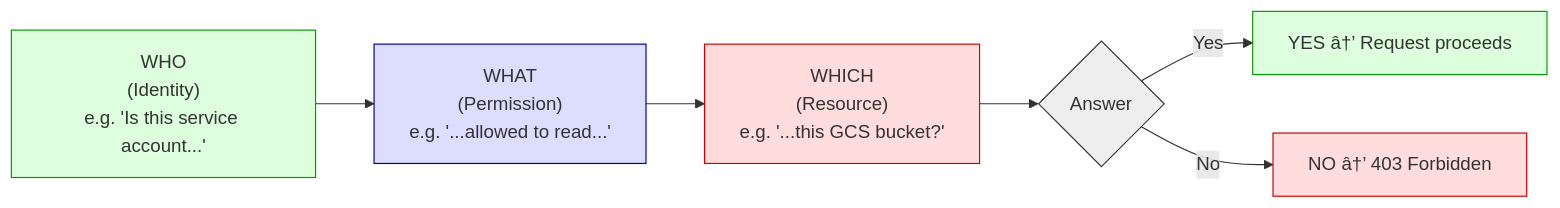
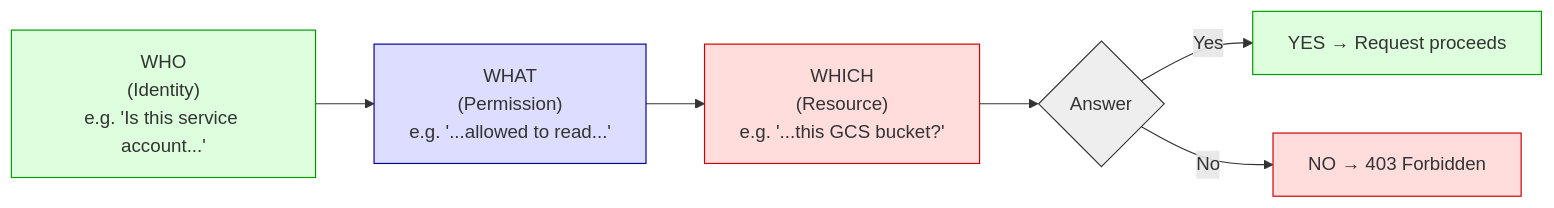
Diagram 11 of 17 in mkdocs-devops-platform/docs/cheatsheets/devops_cloud_engineering_handbook.md (AravindKumarjoshi/devops-platform), drawn with Mermaid before and after one commit. The commit also changed other lines of this file and 2 other files, not shown here.

````diff
--- a/mkdocs-devops-platform/docs/cheatsheets/devops_cloud_engineering_handbook.md
+++ b/mkdocs-devops-platform/docs/cheatsheets/devops_cloud_engineering_handbook.md
@@ -695,20 +695,20 @@
 ```mermaid
 graph LR
     WHO["WHO\n(Identity)\ne.g. 'Is this service account...'"]
     WHAT["WHAT\n(Permission)\ne.g. '...allowed to read...'"]
     WHERE["WHICH\n(Resource)\ne.g. '...this GCS bucket?'"]
     DECISION{"Answer"}
-    YES["YES â†’ Request proceeds"]
-    NO["NO â†’ 403 Forbidden"]
+    YES["YES → Request proceeds"]
+    NO["NO → 403 Forbidden"]
 
     WHO --> WHAT --> WHERE --> DECISION
     DECISION -- "Yes" --> YES
     DECISION -- "No" --> NO
 
     style WHO fill:#dfd,stroke:#090
     style WHAT fill:#ddf,stroke:#009
     style WHERE fill:#fdd,stroke:#c00
     style DECISION fill:#eee,stroke:#333
     style YES fill:#dfd,stroke:#090
     style NO fill:#fdd,stroke:#c00
 ```
````
